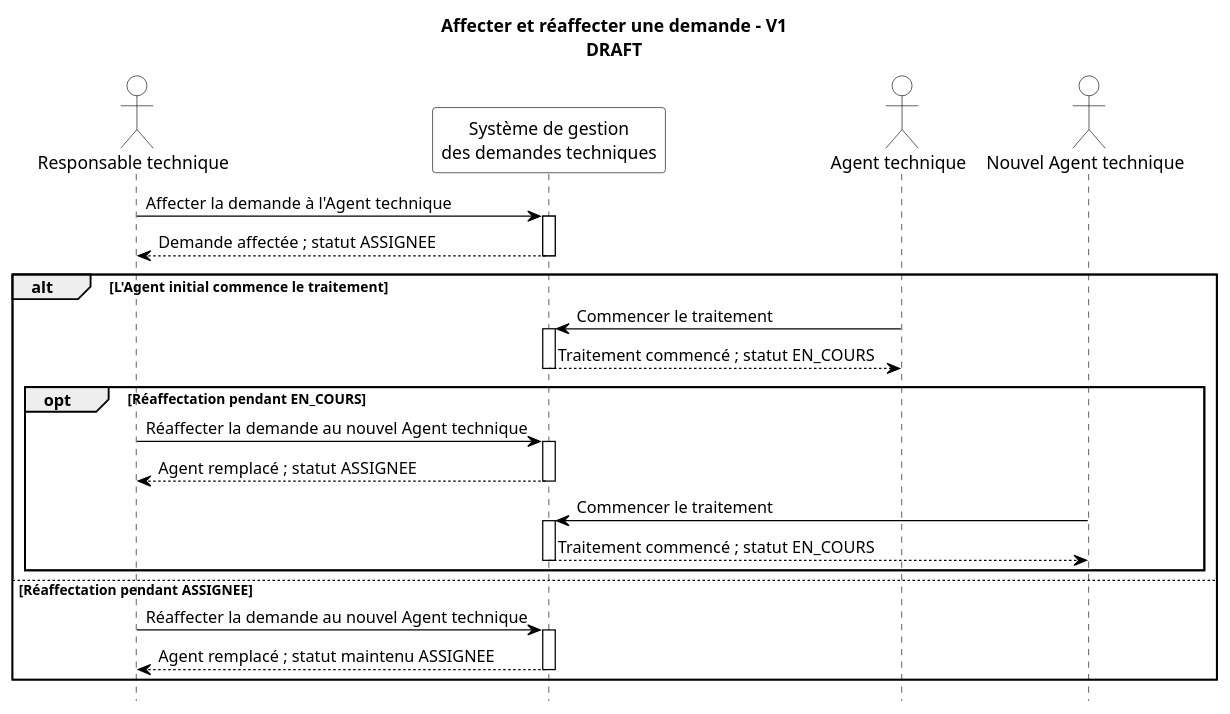
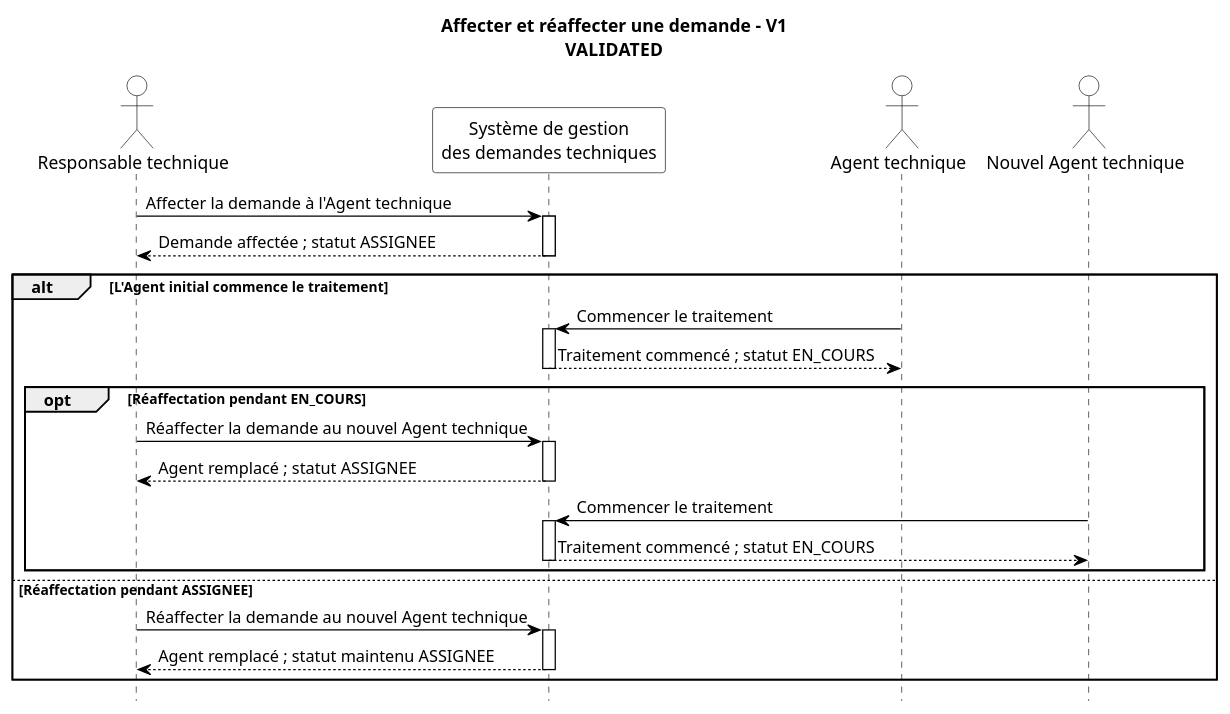
The diagram in docs/uml/sequence/assign-reassign-request-v1.puml (akrouty/gestion-demandes-techniques), drawn with PlantUML before and after one commit. The commit also changed 8 other files, not shown here.

```diff
--- a/docs/uml/sequence/assign-reassign-request-v1.puml
+++ b/docs/uml/sequence/assign-reassign-request-v1.puml
@@ -1,65 +1,65 @@
 @startuml
 
-' Statut : DRAFT
-title Affecter et réaffecter une demande - V1\nDRAFT
+' Statut : VALIDATED
+title Affecter et réaffecter une demande - V1\nVALIDATED
 
 hide footbox
 ' PlantUML affiche nativement les gardes des fragments entre crochets.
 skinparam monochrome true
 skinparam shadowing false
 skinparam backgroundColor white
 skinparam sequence {
   ArrowColor black
   ActorBorderColor black
   ActorBackgroundColor white
   ActorFontColor black
   ParticipantBorderColor black
   ParticipantBackgroundColor white
   ParticipantFontColor black
   LifeLineBorderColor black
   LifeLineBackgroundColor white
   GroupBorderColor black
   GroupHeaderFontColor black
   GroupBodyBackgroundColor white
 }
 
 actor "Responsable technique" as RT
 participant "Système de gestion\ndes demandes techniques" as SYSTEM
 actor "Agent technique" as AGENT
 actor "Nouvel Agent technique" as NEW_AGENT
 
 RT -> SYSTEM : Affecter la demande à l'Agent technique
 activate SYSTEM
 SYSTEM --> RT : Demande affectée ; statut ASSIGNEE
 deactivate SYSTEM
 
 ' Garde UML : [L'Agent initial commence le traitement]
 
 alt L'Agent initial commence le traitement
   AGENT -> SYSTEM : Commencer le traitement
   activate SYSTEM
   SYSTEM --> AGENT : Traitement commencé ; statut EN_COURS
   deactivate SYSTEM
 
   ' Garde UML : [Réaffectation pendant EN_COURS]
 
   opt Réaffectation pendant EN_COURS
     RT -> SYSTEM : Réaffecter la demande au nouvel Agent technique
     activate SYSTEM
     SYSTEM --> RT : Agent remplacé ; statut ASSIGNEE
     deactivate SYSTEM
 
     NEW_AGENT -> SYSTEM : Commencer le traitement
     activate SYSTEM
     SYSTEM --> NEW_AGENT : Traitement commencé ; statut EN_COURS
     deactivate SYSTEM
   end
 ' Garde UML : [Réaffectation pendant ASSIGNEE]
 else Réaffectation pendant ASSIGNEE
   RT -> SYSTEM : Réaffecter la demande au nouvel Agent technique
   activate SYSTEM
   SYSTEM --> RT : Agent remplacé ; statut maintenu ASSIGNEE
   deactivate SYSTEM
 end
 
 @enduml
```
